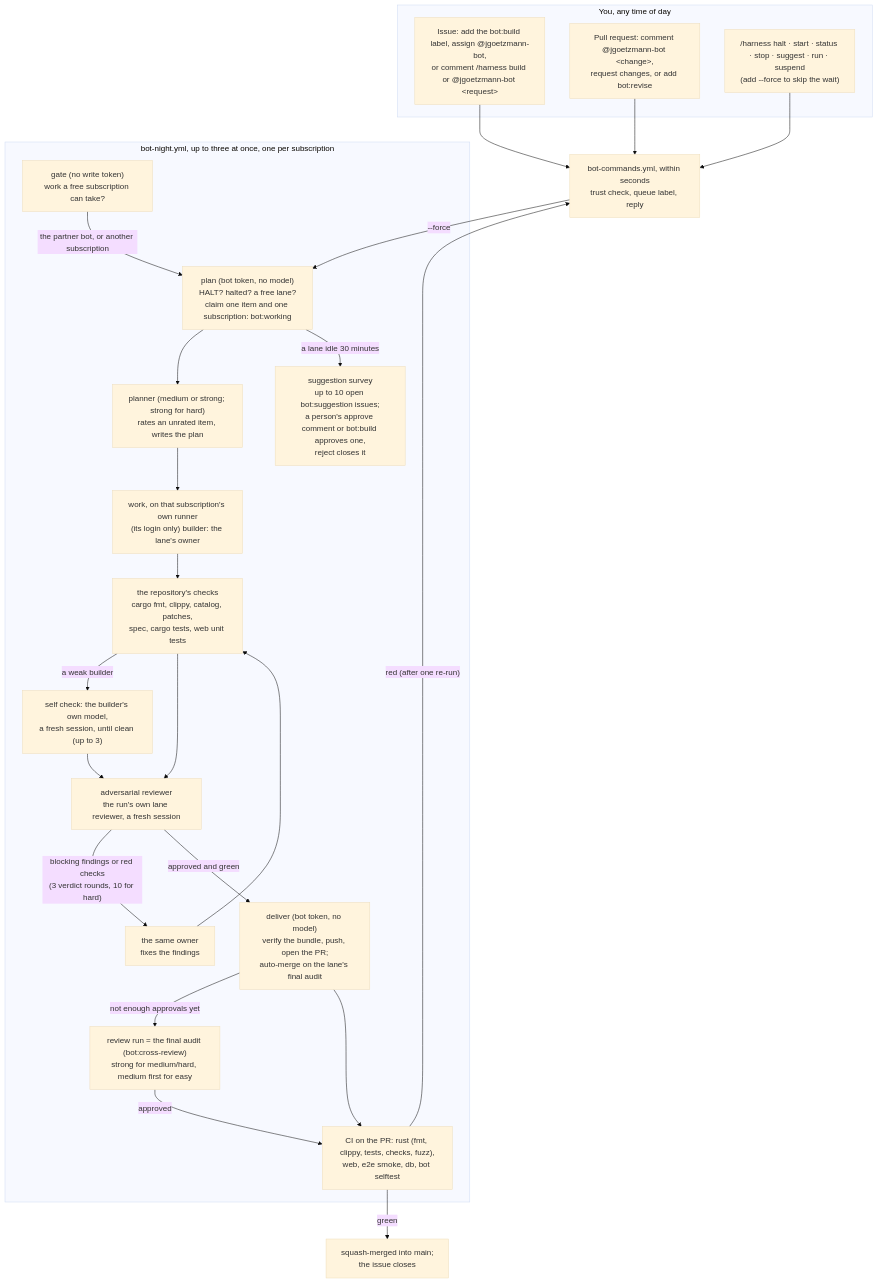
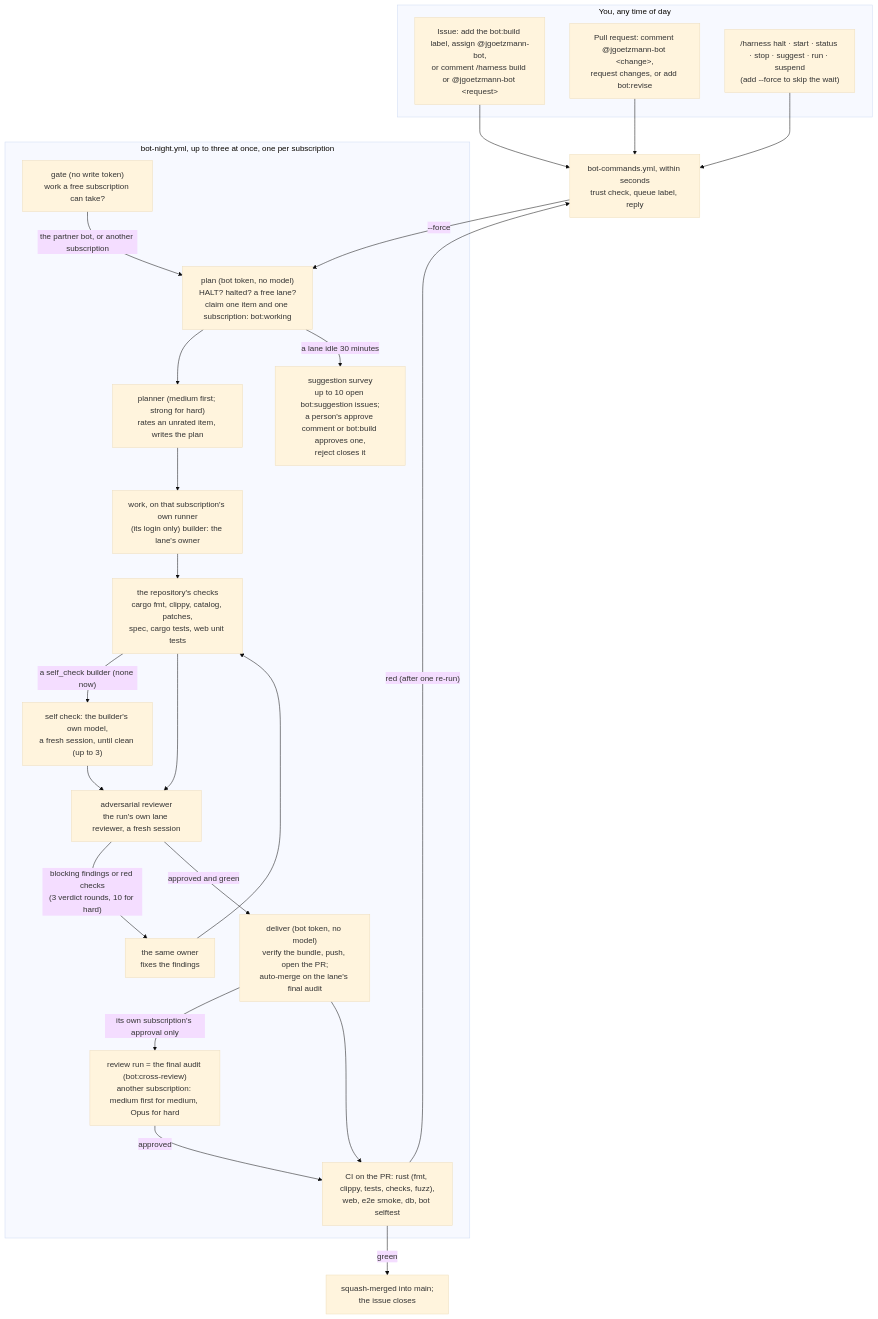
Before and after one commit to Jlore-Studios/JackiOh: the diagram in bot/README.md, drawn with Mermaid (base theme). The commit also changed other lines of this file and 83 other files, not shown here.

First line of the commit message:
night bot: retire easy; a medium approval from another subscription ships a medium item; mediums plan medium items; agy on Gemini 4 Argon (#2748)

````diff
--- a/bot/README.md
+++ b/bot/README.md
@@ -31,33 +33,33 @@
 ```mermaid
 flowchart TD
   subgraph you["You, any time of day"]
     I["Issue: add the bot:build label, assign @jgoetzmann-bot,<br/>or comment /harness build or @jgoetzmann-bot &lt;request&gt;"]
     P["Pull request: comment @jgoetzmann-bot &lt;change&gt;,<br/>request changes, or add bot:revise"]
     K["/harness halt · start · status · stop · suggest · run · suspend<br/>(add --force to skip the wait)"]
   end
   I --> E
   P --> E
   K --> E
   E["bot-commands.yml, within seconds<br/>trust check, queue label, reply"]
   E -- "--force" --> PL
   subgraph night["bot-night.yml, up to three at once, one per subscription"]
     GA["gate (no write token)<br/>work a free subscription can take?"]
     GA -- "the partner bot, or another subscription" --> PL
     PL["plan (bot token, no model)<br/>HALT? halted? a free lane?<br/>claim one item and one subscription: bot:working"]
-    PL --> PN["planner (medium or strong; strong for hard)<br/>rates an unrated item, writes the plan"]
+    PL --> PN["planner (medium first; strong for hard)<br/>rates an unrated item, writes the plan"]
     PN --> B["work, on that subscription's own runner<br/>(its login only) builder: the lane's owner"]
     B --> G["the repository's checks<br/>cargo fmt, clippy, catalog, patches,<br/>spec, cargo tests, web unit tests"]
-    G -- "a weak builder" --> SC["self check: the builder's own model,<br/>a fresh session, until clean (up to 3)"]
+    G -- "a self_check builder (none now)" --> SC["self check: the builder's own model,<br/>a fresh session, until clean (up to 3)"]
     SC --> R
     G --> R["adversarial reviewer<br/>the run's own lane reviewer, a fresh session"]
     R -- "blocking findings or red checks<br/>(3 verdict rounds, 10 for hard)" --> F["the same owner<br/>fixes the findings"]
     F --> G
     R -- "approved and green" --> D["deliver (bot token, no model)<br/>verify the bundle, push, open the PR;<br/>auto-merge on the lane's final audit"]
-    D -- "not enough approvals yet" --> X["review run = the final audit (bot:cross-review)<br/>strong for medium/hard, medium first for easy"]
+    D -- "its own subscription's approval only" --> X["review run = the final audit (bot:cross-review)<br/>another subscription: medium first for medium, Opus for hard"]
     X -- "approved" --> CI
     PL -- "a lane idle 30 minutes" --> S["suggestion survey<br/>up to 10 open bot:suggestion issues;<br/>a person's approve comment or bot:build approves one,<br/>reject closes it"]
   end
   D --> CI["CI on the PR: rust (fmt, clippy, tests, checks, fuzz),<br/>web, e2e smoke, db, bot selftest"]
   CI -- "green" --> M["squash-merged into main;<br/>the issue closes"]
   CI -- "red (after one re-run)" --> E
 ```
````
